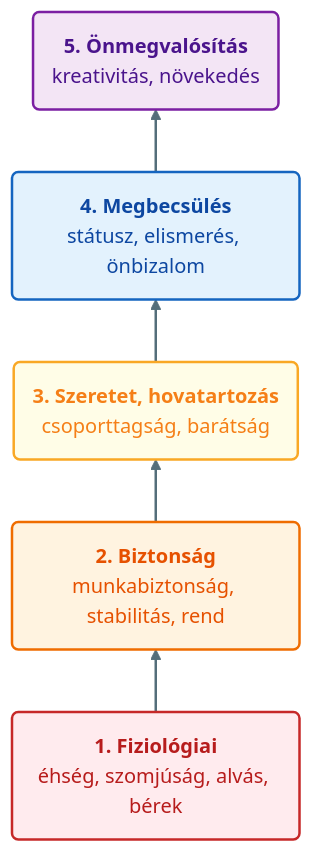
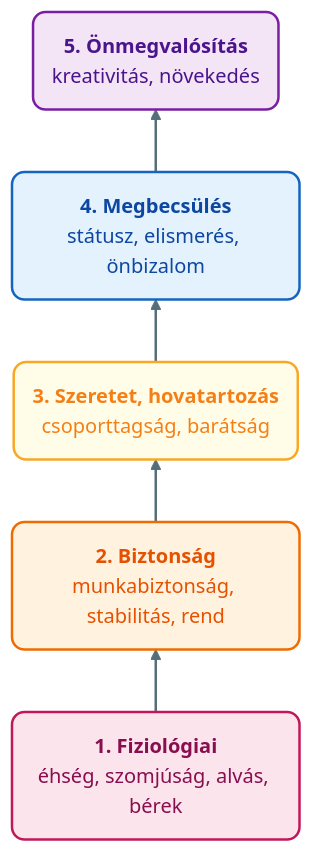
The first of 3 diagrams in Tételek/K06-GMXMD1MBLF-Motivációs elméletek.tétel.md (denespocsik/MM_BSC_Zarovizsga), drawn with Mermaid before and after one commit. The commit also changed other lines of this file and 34 other files, not shown here.

First line of the commit message:
style(tételek): egységes vizuális arculat a Mermaid-diagramokhoz

````diff
--- a/Tételek/K06-GMXMD1MBLF-Motivációs elméletek.tétel.md
+++ b/Tételek/K06-GMXMD1MBLF-Motivációs elméletek.tétel.md
@@ -21,24 +21,18 @@
 ```mermaid
 graph BT
-    F("<b>1. Fiziológiai</b><br/>éhség, szomjúság, alvás, bérek")
-    B("<b>2. Biztonság</b><br/>munkabiztonság, stabilitás, rend")
-    S("<b>3. Szeretet, hovatartozás</b><br/>csoporttagság, barátság")
-    M("<b>4. Megbecsülés</b><br/>státusz, elismerés, önbizalom")
-    O("<b>5. Önmegvalósítás</b><br/>kreativitás, növekedés")
+    F("<b>1. Fiziológiai</b><br/>éhség, szomjúság, alvás, bérek"):::rozsa
+    B("<b>2. Biztonság</b><br/>munkabiztonság, stabilitás, rend"):::narancs
+    S("<b>3. Szeretet, hovatartozás</b><br/>csoporttagság, barátság"):::sarga
+    M("<b>4. Megbecsülés</b><br/>státusz, elismerés, önbizalom"):::kek
+    O("<b>5. Önmegvalósítás</b><br/>kreativitás, növekedés"):::lila
 
     F --> B --> S --> M --> O
 
-    classDef fNode fill:#ffebee,stroke:#c62828,stroke-width:2px,color:#b71c1c;
-    classDef bNode fill:#fff3e0,stroke:#ef6c00,stroke-width:2px,color:#e65100;
-    classDef sNode fill:#fffde7,stroke:#f9a825,stroke-width:2px,color:#f57f17;
-    classDef mNode fill:#e3f2fd,stroke:#1565c0,stroke-width:2px,color:#0d47a1;
-    classDef oNode fill:#f3e5f5,stroke:#7b1fa2,stroke-width:2px,color:#4a148c;
+    classDef kek     fill:#e3f2fd,stroke:#1565c0,stroke-width:2px,color:#0d47a1,rx:10,ry:10;
+    classDef narancs fill:#fff3e0,stroke:#ef6c00,stroke-width:2px,color:#e65100,rx:10,ry:10;
+    classDef rozsa   fill:#fce4ec,stroke:#c2185b,stroke-width:2px,color:#880e4f,rx:10,ry:10;
+    classDef lila    fill:#f3e5f5,stroke:#7b1fa2,stroke-width:2px,color:#4a148c,rx:10,ry:10;
+    classDef sarga   fill:#fffde7,stroke:#f9a825,stroke-width:2px,color:#f57f17,rx:10,ry:10;
 
-    class F fNode;
-    class B bNode;
-    class S sNode;
-    class M mNode;
-    class O oNode;
-
-    linkStyle 0,1,2,3 stroke:#546e7a,stroke-width:2px;
+    linkStyle default stroke:#546e7a,stroke-width:2px;
 ```
````
